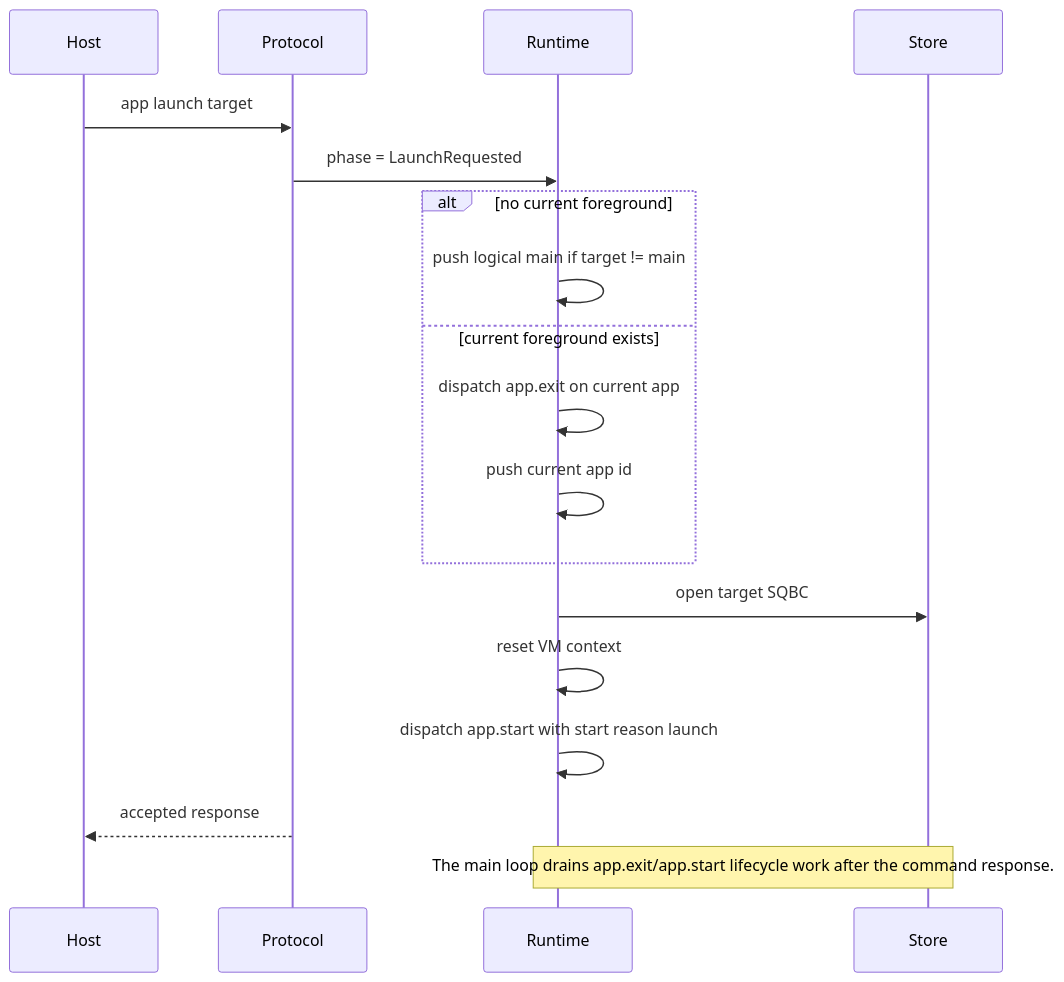
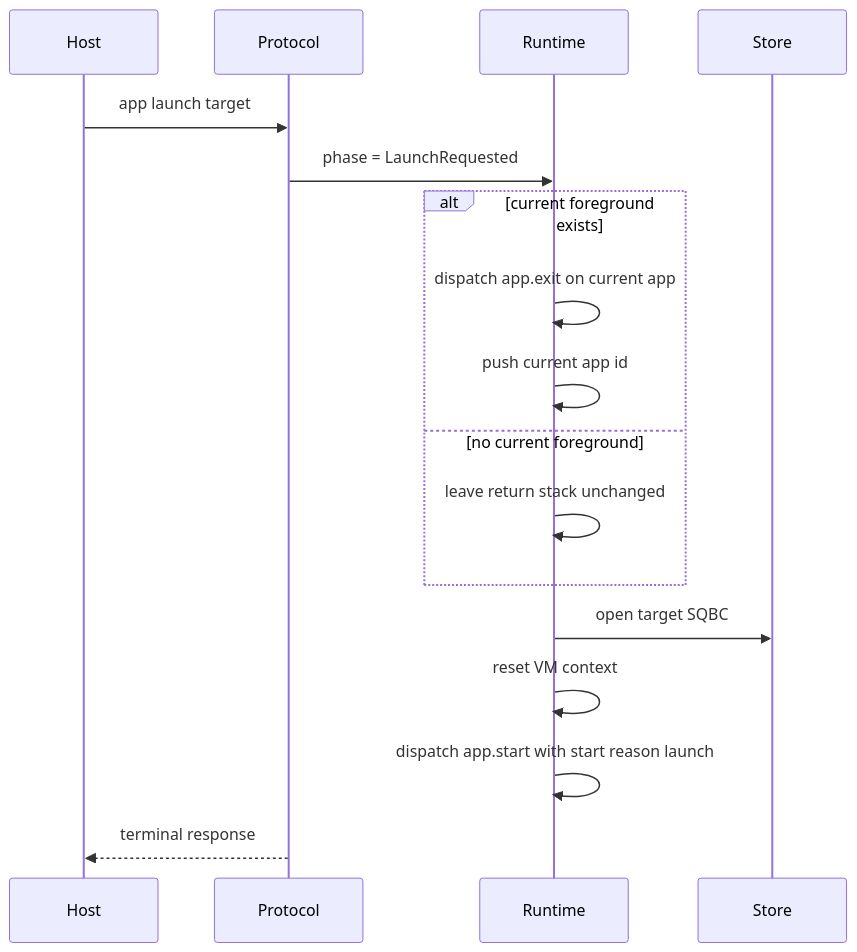
Before and after one commit to parasquid/SquidScript: the second of 3 diagrams in docs/app_lifecycle_state_machine.md, drawn with Mermaid. The commit also changed other lines of this file and 10 other files, not shown here.

Commit message:
feat: add native app registry and armed lifecycle

````diff
--- a/docs/app_lifecycle_state_machine.md
+++ b/docs/app_lifecycle_state_machine.md
@@ -94,20 +88,19 @@
 ```mermaid
 sequenceDiagram
   participant Host
   participant Protocol
   participant Runtime
   participant Store
   Host->>Protocol: app launch target
   Protocol->>Runtime: phase = LaunchRequested
-  alt no current foreground
-    Runtime->>Runtime: push logical main if target != main
-  else current foreground exists
+  alt current foreground exists
     Runtime->>Runtime: dispatch app.exit on current app
     Runtime->>Runtime: push current app id
+  else no current foreground
+    Runtime->>Runtime: leave return stack unchanged
   end
   Runtime->>Store: open target SQBC
   Runtime->>Runtime: reset VM context
   Runtime->>Runtime: dispatch app.start with start reason launch
-  Protocol-->>Host: accepted response
-  Note over Runtime,Store: The main loop drains app.exit/app.start lifecycle work after the command response.
+  Protocol-->>Host: terminal response
 ```
````
